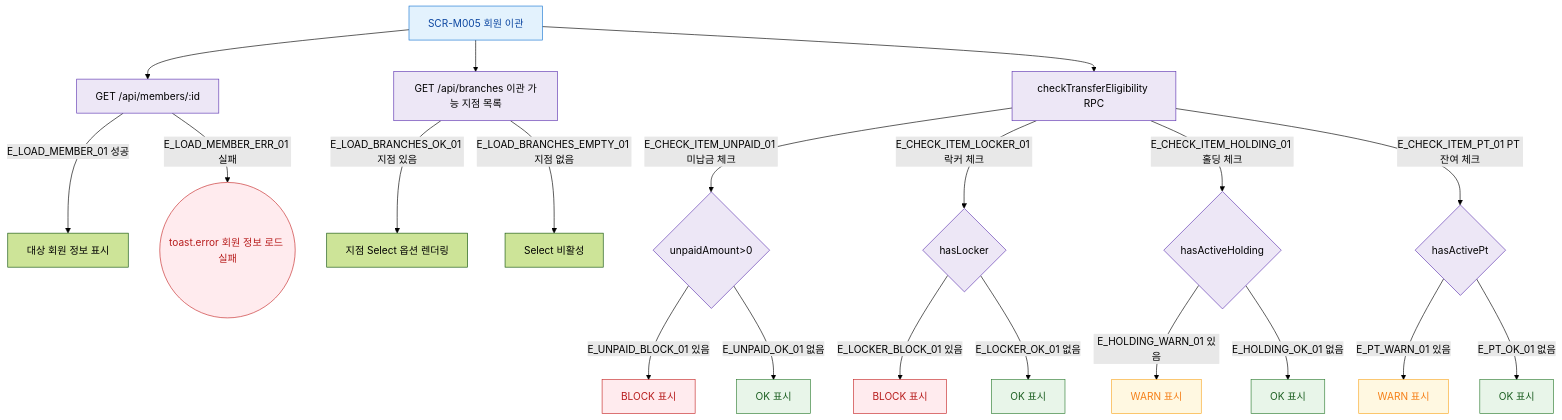
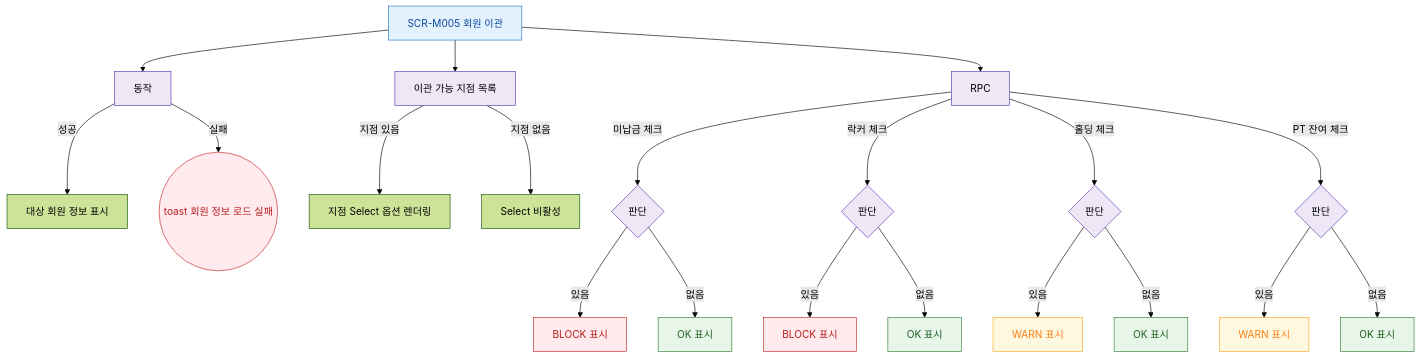
The diagram in docs/다이어그램/D02_회원관리/SCR-M005_회원이관/F4_필터검색.md (dev-spogym/admin-pando), drawn with Mermaid (forest theme) before and after one commit. The commit also changed other lines of this file and 1660 other files, not shown here.

First line of the commit message:
다이어그램: 기획자/클라이언트 납품본으로 정리

````diff
--- a/docs/다이어그램/D02_회원관리/SCR-M005_회원이관/F4_필터검색.md
+++ b/docs/다이어그램/D02_회원관리/SCR-M005_회원이관/F4_필터검색.md
@@ -22,42 +20,42 @@
 ```mermaid
 flowchart TD
   SCR_M005[SCR-M005 회원 이관]
 
-  SCR_M005 --> LOAD_MEMBER[GET /api/members/:id]
-  SCR_M005 --> LOAD_BRANCHES[GET /api/branches 이관 가능 지점 목록]
-  SCR_M005 --> LOAD_CHECK[checkTransferEligibility RPC]
+  SCR_M005 --> LOAD_MEMBER[동작]
+  SCR_M005 --> LOAD_BRANCHES[이관 가능 지점 목록]
+  SCR_M005 --> LOAD_CHECK[RPC]
 
-  LOAD_MEMBER -->|E_LOAD_MEMBER_01 성공| MEMBER_INFO[대상 회원 정보 표시]
-  LOAD_MEMBER -->|E_LOAD_MEMBER_ERR_01 실패| ERR_MEMBER((toast.error 회원 정보 로드 실패))
+  LOAD_MEMBER -->|성공|MEMBER_INFO[대상 회원 정보 표시]
+  LOAD_MEMBER -->|실패|ERR_MEMBER((toast 회원 정보 로드 실패))
 
-  LOAD_BRANCHES -->|E_LOAD_BRANCHES_OK_01 지점 있음| SEL_BRANCH[지점 Select 옵션 렌더링]
-  LOAD_BRANCHES -->|E_LOAD_BRANCHES_EMPTY_01 지점 없음| SEL_DISABLED[Select 비활성]
+  LOAD_BRANCHES -->|지점 있음|SEL_BRANCH[지점 Select 옵션 렌더링]
+  LOAD_BRANCHES -->|지점 없음|SEL_DISABLED[Select 비활성]
 
-  LOAD_CHECK -->|E_CHECK_ITEM_UNPAID_01 미납금 체크| ITEM_UNPAID{unpaidAmount>0}
-  ITEM_UNPAID -->|E_UNPAID_BLOCK_01 있음| CHECK_BLOCK[BLOCK 표시]
-  ITEM_UNPAID -->|E_UNPAID_OK_01 없음| CHECK_OK_UNPAID[OK 표시]
+  LOAD_CHECK -->|미납금 체크|ITEM_UNPAID{판단}
+  ITEM_UNPAID -->|있음|CHECK_BLOCK[BLOCK 표시]
+  ITEM_UNPAID -->|없음|CHECK_OK_UNPAID[OK 표시]
 
-  LOAD_CHECK -->|E_CHECK_ITEM_LOCKER_01 락커 체크| ITEM_LOCKER{hasLocker}
-  ITEM_LOCKER -->|E_LOCKER_BLOCK_01 있음| CHECK_BLOCK2[BLOCK 표시]
-  ITEM_LOCKER -->|E_LOCKER_OK_01 없음| CHECK_OK_LOCKER[OK 표시]
+  LOAD_CHECK -->|락커 체크|ITEM_LOCKER{판단}
+  ITEM_LOCKER -->|있음|CHECK_BLOCK2[BLOCK 표시]
+  ITEM_LOCKER -->|없음|CHECK_OK_LOCKER[OK 표시]
 
-  LOAD_CHECK -->|E_CHECK_ITEM_HOLDING_01 홀딩 체크| ITEM_HOLDING{hasActiveHolding}
-  ITEM_HOLDING -->|E_HOLDING_WARN_01 있음| CHECK_WARN[WARN 표시]
-  ITEM_HOLDING -->|E_HOLDING_OK_01 없음| CHECK_OK_HOLDING[OK 표시]
+  LOAD_CHECK -->|홀딩 체크|ITEM_HOLDING{판단}
+  ITEM_HOLDING -->|있음|CHECK_WARN[WARN 표시]
+  ITEM_HOLDING -->|없음|CHECK_OK_HOLDING[OK 표시]
 
-  LOAD_CHECK -->|E_CHECK_ITEM_PT_01 PT 잔여 체크| ITEM_PT{hasActivePt}
-  ITEM_PT -->|E_PT_WARN_01 있음| CHECK_WARN2[WARN 표시]
-  ITEM_PT -->|E_PT_OK_01 없음| CHECK_OK_PT[OK 표시]
+  LOAD_CHECK -->|PT 잔여 체크|ITEM_PT{판단}
+  ITEM_PT -->|있음|CHECK_WARN2[WARN 표시]
+  ITEM_PT -->|없음|CHECK_OK_PT[OK 표시]
 
-  classDef screen  fill:#E3F2FD,stroke:#1976D2,color:#0D47A1
-  classDef system  fill:#EDE7F6,stroke:#5E35B2
-  classDef error   fill:#FFEBEE,stroke:#C62828,color:#B71C1C
+  classDef screen fill:#E3F2FD,stroke:#1976D2,color:#0D47A1
+  classDef system fill:#EDE7F6,stroke:#5E35B2
+  classDef error fill:#FFEBEE,stroke:#C62828,color:#B71C1C
   classDef warning fill:#FFF8E1,stroke:#F9A825,color:#F57F17
   classDef success fill:#E8F5E9,stroke:#2E7D32,color:#1B5E20
 
   class SCR_M005 screen
   class LOAD_MEMBER,LOAD_BRANCHES,LOAD_CHECK,ITEM_UNPAID,ITEM_LOCKER,ITEM_HOLDING,ITEM_PT system
   class CHECK_BLOCK,CHECK_BLOCK2,ERR_MEMBER error
   class CHECK_WARN,CHECK_WARN2 warning
   class CHECK_OK_UNPAID,CHECK_OK_LOCKER,CHECK_OK_HOLDING,CHECK_OK_PT success
 ```
````
